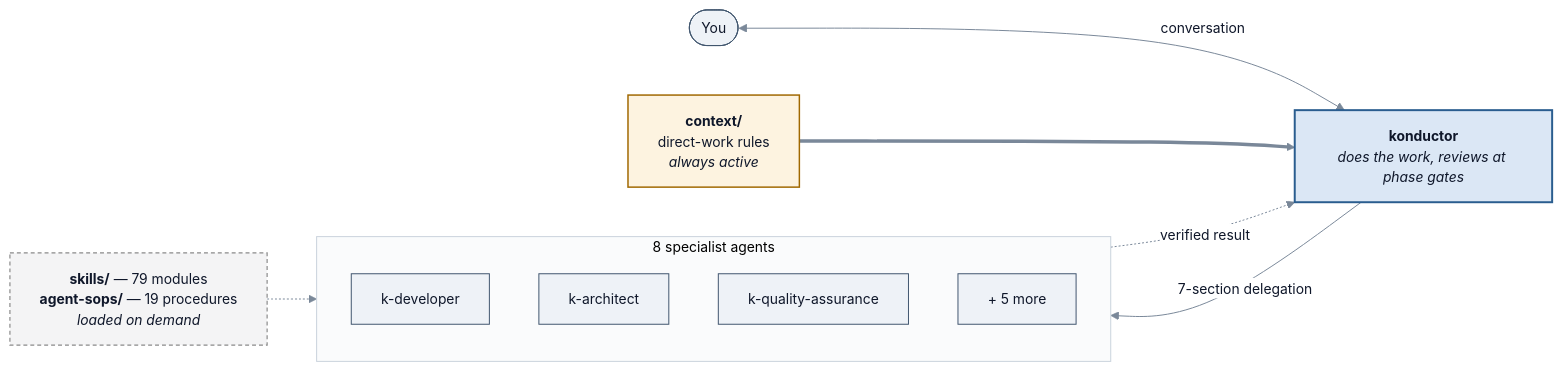
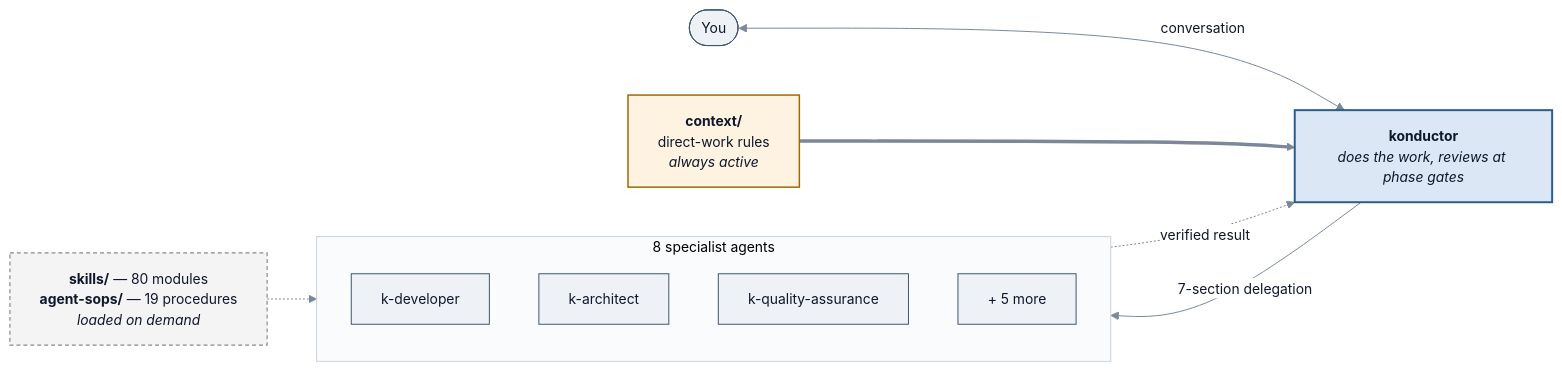
Before and after one commit to aws-solutions/konductor: the diagram in docs/user-guide/concepts.md, drawn with Mermaid. The commit also changed other lines of this file and 23 other files, not shown here.

````diff
--- a/docs/user-guide/concepts.md
+++ b/docs/user-guide/concepts.md
@@ -251,25 +251,25 @@
 ```mermaid
 %%{init:{'theme':'base','themeVariables':{'fontSize':'14px','primaryColor':'#eef2f7','primaryTextColor':'#0f172a','primaryBorderColor':'#40556e','lineColor':'#7a8899','textColor':'#0f172a','edgeLabelBackground':'#ffffff','clusterBkg':'#fafbfc','clusterBorder':'#c9d2dc'}}}%%
 flowchart LR
     User(["You"])
     Ctx["<b>context/</b><br/>direct-work rules<br/><i>always active</i>"]:::gate
     Orch["<b>konductor</b><br/><i>does the work, reviews at phase gates</i>"]:::focus
-    Store["<b>skills/</b> — 79 modules<br/><b>agent-sops/</b> — 19 procedures<br/><i>loaded on demand</i>"]:::muted
+    Store["<b>skills/</b> — 80 modules<br/><b>agent-sops/</b> — 19 procedures<br/><i>loaded on demand</i>"]:::muted
 
     subgraph Specialists["8 specialist agents"]
         Dev["k-developer"]
         Arch["k-architect"]
         QA["k-quality-assurance"]
         Other["+ 5 more"]
     end
 
     User <-->|"conversation"| Orch
     Ctx ==> Orch
     Orch -->|"7-section delegation"| Specialists
     Specialists -.->|"verified result"| Orch
     Store -.-> Specialists
 
     classDef focus fill:#dbe7f5,stroke:#2a5d8f,stroke-width:2px,color:#0f172a;
     classDef gate fill:#fdf3e0,stroke:#a06800,stroke-width:1.5px,color:#0f172a;
     classDef muted fill:#f4f4f5,stroke:#8a8a8a,stroke-width:1.2px,color:#0f172a,stroke-dasharray:4 3;
 ```
````
